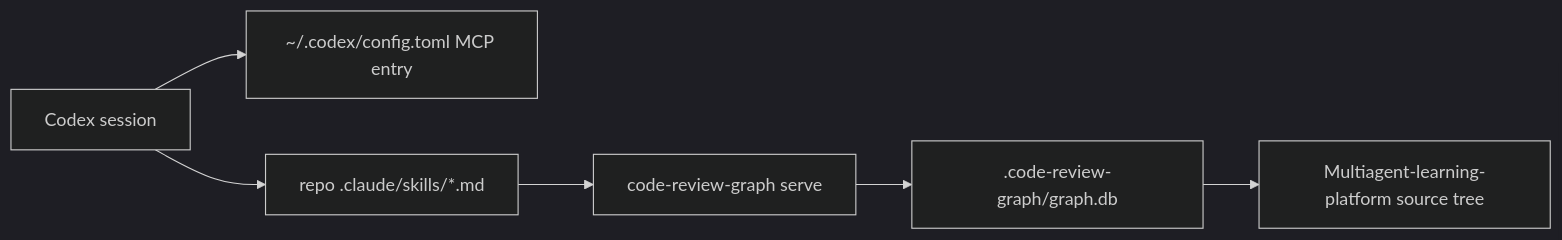
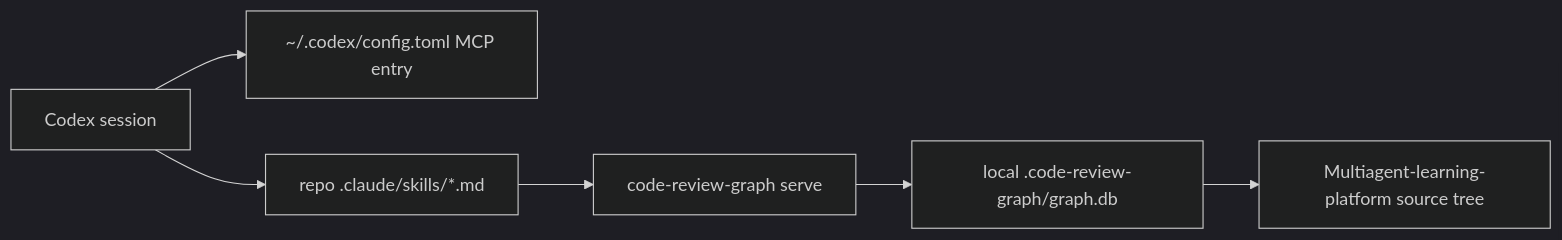
The diagram in docs/superpowers/pr-notes/2026-04-30-code-review-graph-integration.md (Creative-Science-Contest-2026/Multiagent-learning-platform), drawn with Mermaid (dark theme) before and after one commit. The commit also changed other lines of this file and 7 other files, not shown here.

Commit message:
chore(tooling): keep code-review-graph local-only [OPS_CODE_REVIEW_GRAPH_INTEGRATION]

````diff
--- a/docs/superpowers/pr-notes/2026-04-30-code-review-graph-integration.md
+++ b/docs/superpowers/pr-notes/2026-04-30-code-review-graph-integration.md
@@ -14,8 +14,8 @@
 ```mermaid
 flowchart LR
     Codex["Codex session"] --> GlobalConfig["~/.codex/config.toml MCP entry"]
     Codex --> RepoSkills["repo .claude/skills/*.md"]
     RepoSkills --> MCP["code-review-graph serve"]
-    MCP --> GraphDB[".code-review-graph/graph.db"]
+    MCP --> GraphDB["local .code-review-graph/graph.db"]
     GraphDB --> Repo["Multiagent-learning-platform source tree"]
 ```
````
